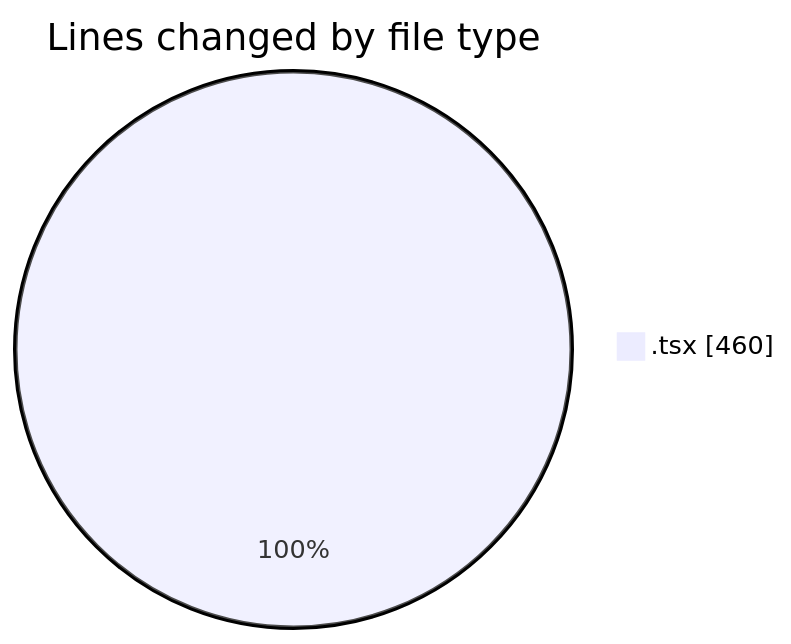
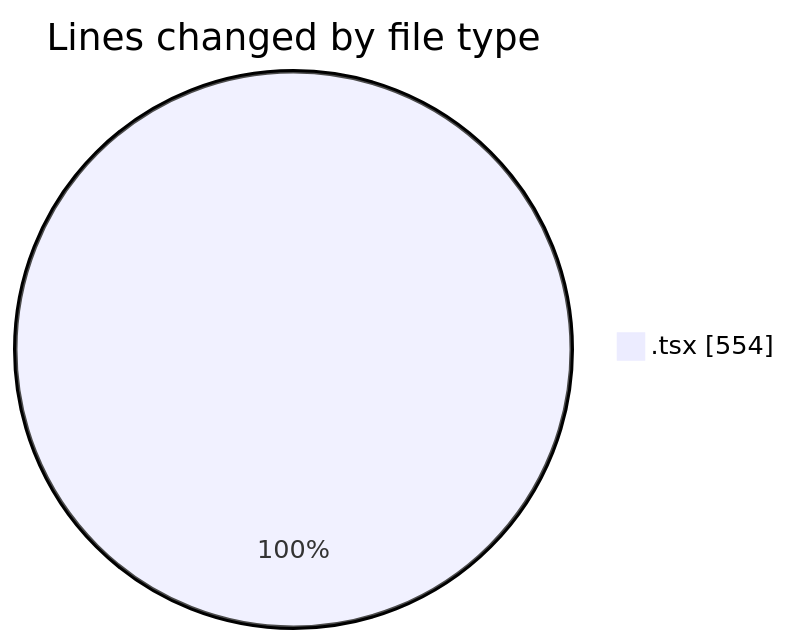
The first of 2 diagrams in 2026-08-13/nxtqube_webapp/README.md (nxtqubesakshisongat/code-tracking), drawn with Mermaid before and after one commit. The commit also changed other lines of this file and 1 other file, not shown here.

````diff
--- a/2026-08-13/nxtqube_webapp/README.md
+++ b/2026-08-13/nxtqube_webapp/README.md
@@ -23,5 +24,5 @@
 ```mermaid
 pie showData
 title Lines changed by file type
-".tsx" : 460
+".tsx" : 554
 ```
````
